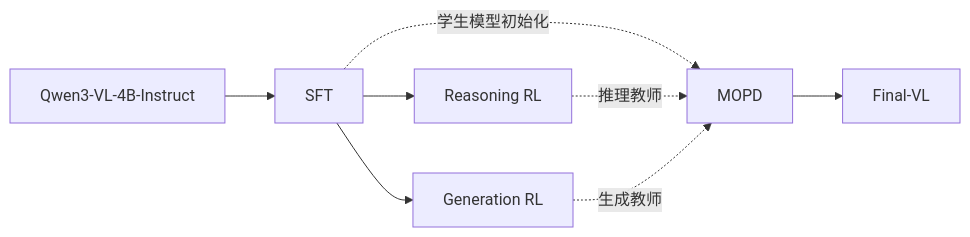
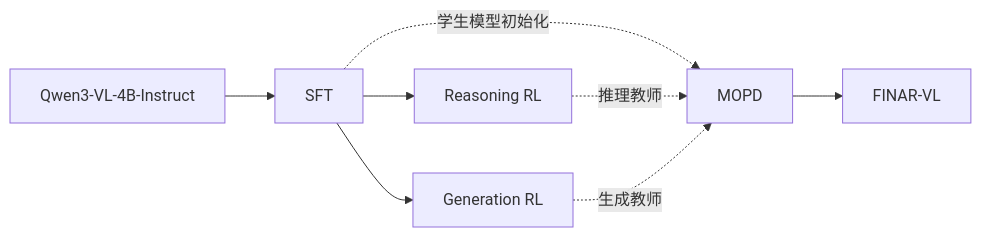
The diagram in README.md (dlgjr/FINAR-VL), drawn with Mermaid before and after one commit. The commit also changed other lines of this file, not shown here.

````diff
--- a/README.md
+++ b/README.md
@@ -31,10 +31,10 @@
 ```mermaid
 flowchart LR
     A[Qwen3-VL-4B-Instruct] --> B[SFT]
     B --> C[Reasoning RL]
     B --> D[Generation RL]
     B -. 学生模型初始化 .-> E[MOPD]
     C -. 推理教师 .-> E
     D -. 生成教师 .-> E
-    E --> F[Final-VL]
+    E --> F[FINAR-VL]
 ```
````
